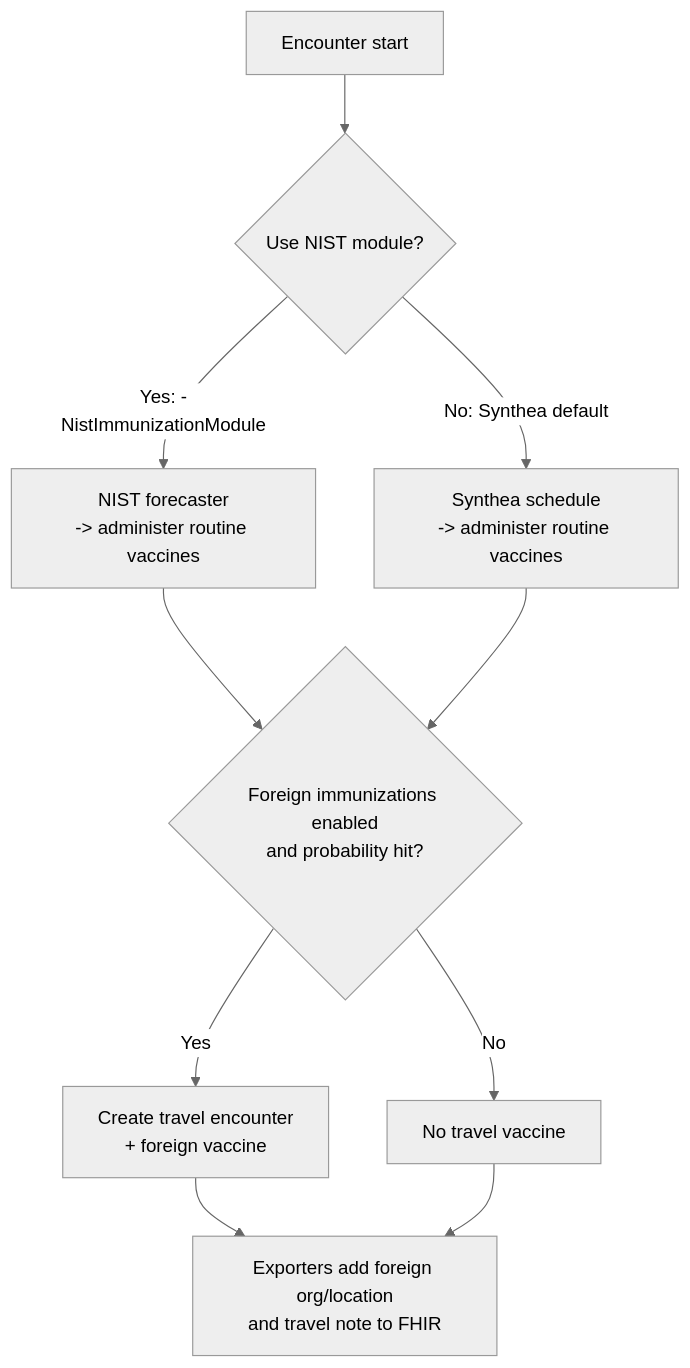
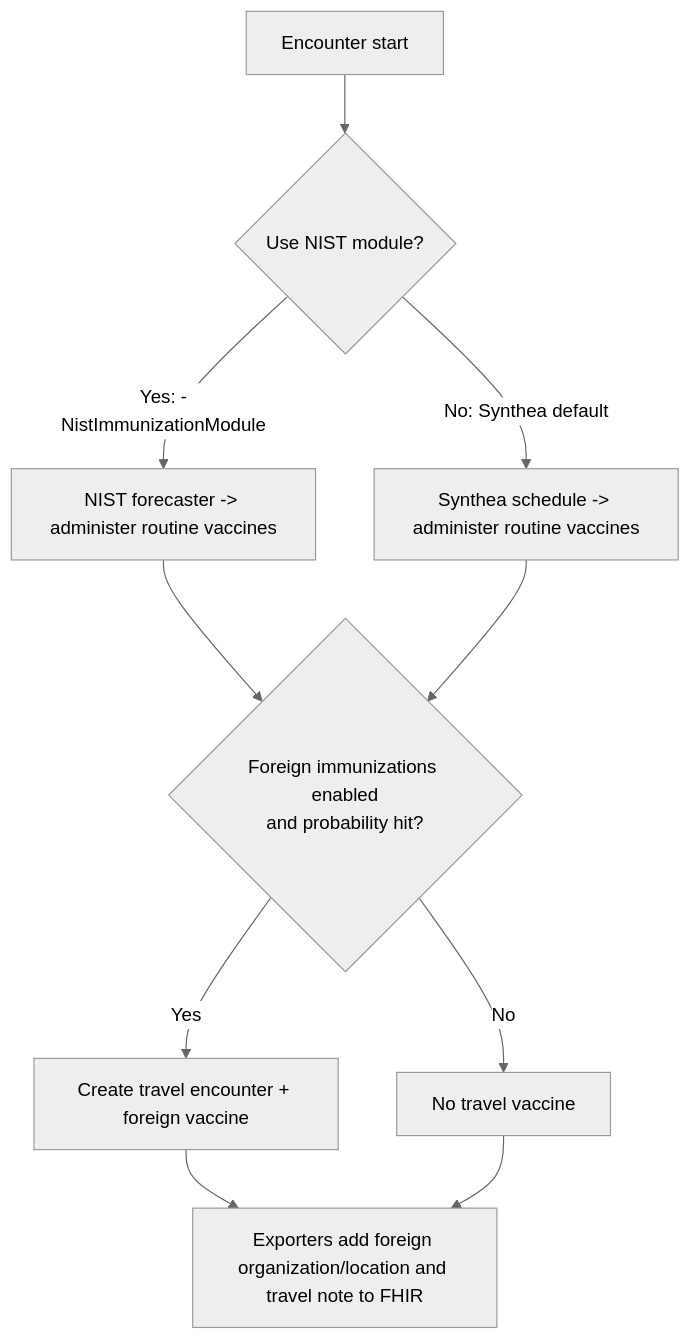
Before and after one commit to cerbeor/Synthea-Immunization-Forecaster: the diagram in README.md, drawn with Mermaid (neutral theme). The commit also changed other lines of this file, not shown here.

Commit message:
[DOCS] Improve the README

````diff
--- a/README.md
+++ b/README.md
@@ -151,12 +151,12 @@
 ```mermaid
 flowchart TD
     A[Encounter start] --> B{Use NIST module?}
-    B -->|Yes: -NistImmunizationModule| C[NIST forecaster\n-> administer routine vaccines]
-    B -->|No: Synthea default| D[Synthea schedule\n-> administer routine vaccines]
+    B -->|Yes: -NistImmunizationModule| C[NIST forecaster -> administer routine vaccines]
+    B -->|No: Synthea default| D[Synthea schedule -> administer routine vaccines]
     C --> E{Foreign immunizations enabled\nand probability hit?}
     D --> E
-    E -->|Yes| F[Create travel encounter\n+ foreign vaccine]
+    E -->|Yes| F[Create travel encounter + foreign vaccine]
     E -->|No| G[No travel vaccine]
-    F --> H[Exporters add foreign org/location\nand travel note to FHIR]
+    F --> H[Exporters add foreign organization/location and travel note to FHIR]
     G --> H
 ```
````
